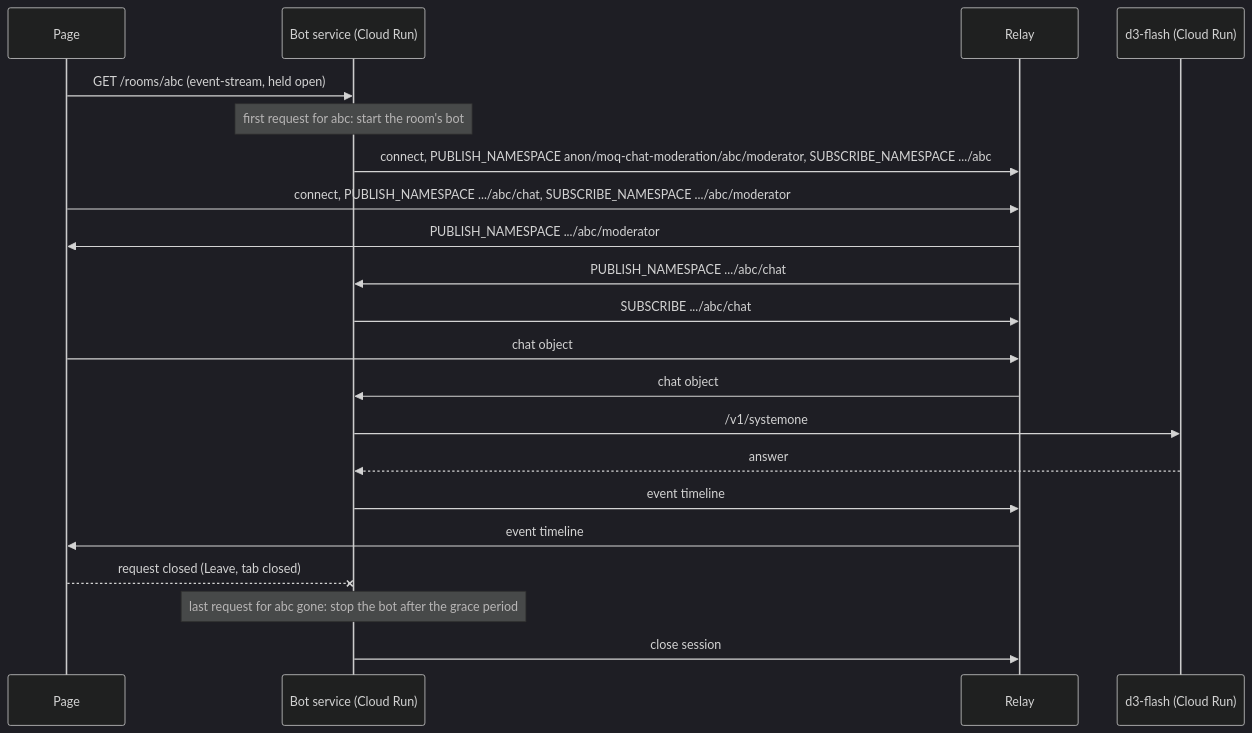
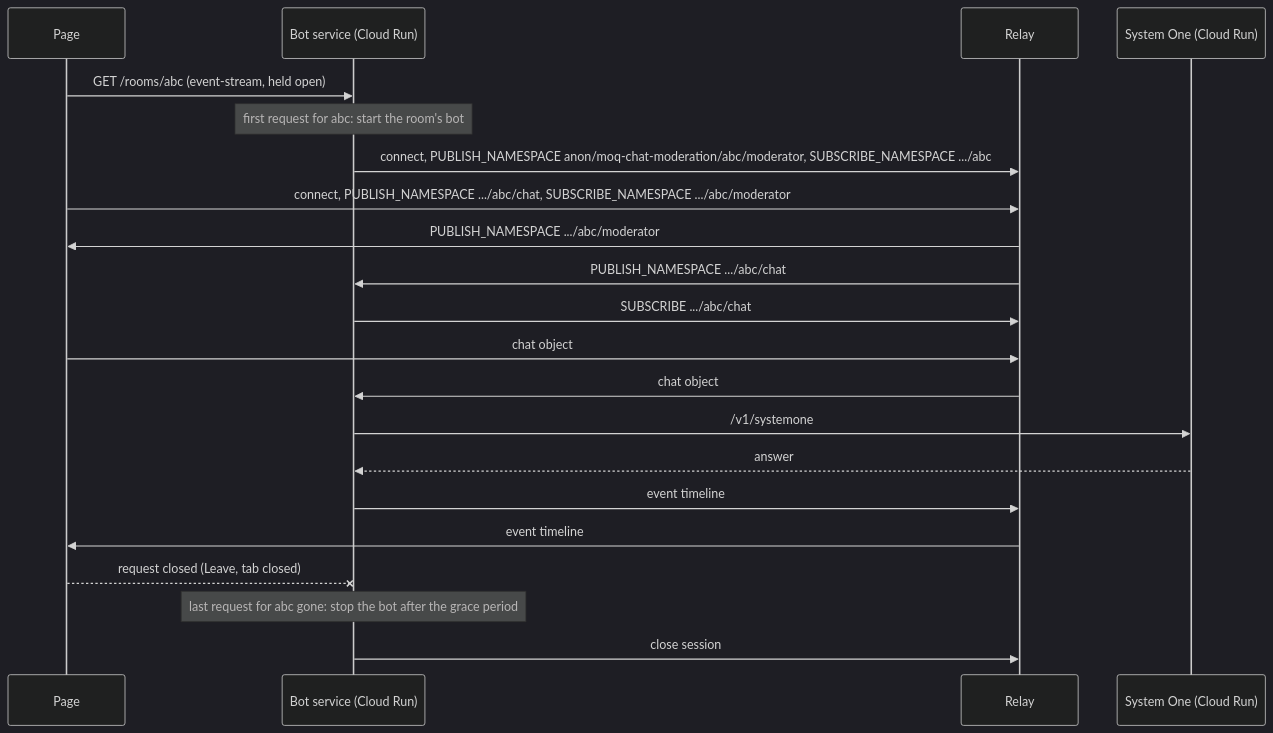
Before and after one commit to nttcom/moq-wasm: the diagram in docs/architecture/ai-bots/on-demand-rooms.md, drawn with Mermaid (dark theme). The commit also changed other lines of this file and 35 other files, not shown here.

````diff
--- a/docs/architecture/ai-bots/on-demand-rooms.md
+++ b/docs/architecture/ai-bots/on-demand-rooms.md
@@ -115,23 +115,23 @@
 ```mermaid
 sequenceDiagram
     participant P as Page
     participant S as Bot service (Cloud Run)
     participant R as Relay
-    participant D as d3-flash (Cloud Run)
+    participant D as System One (Cloud Run)
     P->>S: GET /rooms/abc (event-stream, held open)
     Note over S: first request for abc: start the room's bot
     S->>R: connect, PUBLISH_NAMESPACE anon/moq-chat-moderation/abc/moderator, SUBSCRIBE_NAMESPACE .../abc
     P->>R: connect, PUBLISH_NAMESPACE .../abc/chat, SUBSCRIBE_NAMESPACE .../abc/moderator
     R->>P: PUBLISH_NAMESPACE .../abc/moderator
     R->>S: PUBLISH_NAMESPACE .../abc/chat
     S->>R: SUBSCRIBE .../abc/chat
     P->>R: chat object
     R->>S: chat object
     S->>D: /v1/systemone
     D-->>S: answer
     S->>R: event timeline
     R->>P: event timeline
     P--xS: request closed (Leave, tab closed)
     Note over S: last request for abc gone: stop the bot after the grace period
     S->>R: close session
 ```
````
